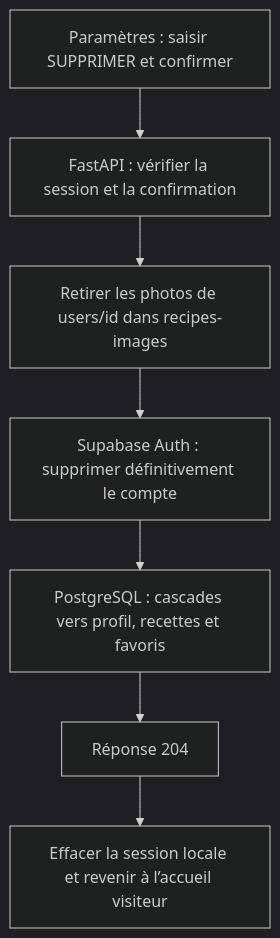
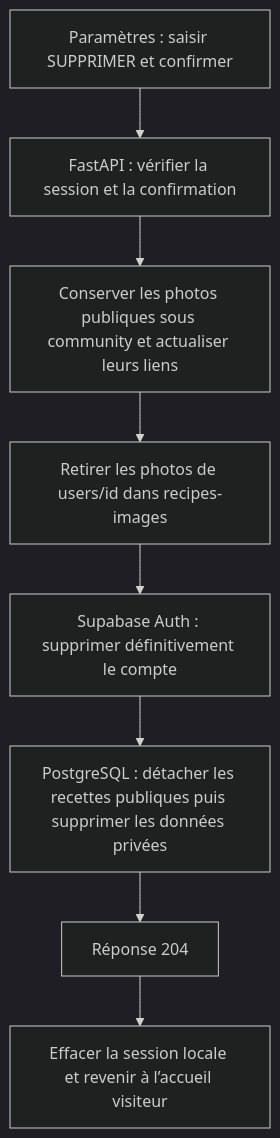
One commit to EnzoT454/OptiMeal changed the fourth of 22 diagrams in README-fonctionnement.md. Above: the diagram before and after it, drawn with Mermaid (dark theme). The commit also changed other lines of this file and 64 other files, not shown here.

Commit message:
corrections dans onglet recettes

````diff
--- a/README-fonctionnement.md
+++ b/README-fonctionnement.md
@@ -118,9 +118,10 @@
 ```mermaid
 flowchart TD
     U[Paramètres : saisir SUPPRIMER et confirmer] --> A[FastAPI : vérifier la session et la confirmation]
-    A --> S[Retirer les photos de users/id dans recipes-images]
+    A --> P[Conserver les photos publiques sous community et actualiser leurs liens]
+    P --> S[Retirer les photos de users/id dans recipes-images]
     S --> D[Supabase Auth : supprimer définitivement le compte]
-    D --> C[PostgreSQL : cascades vers profil, recettes et favoris]
+    D --> C[PostgreSQL : détacher les recettes publiques puis supprimer les données privées]
     C --> R[Réponse 204]
     R --> M[Effacer la session locale et revenir à l’accueil visiteur]
 ```
````
